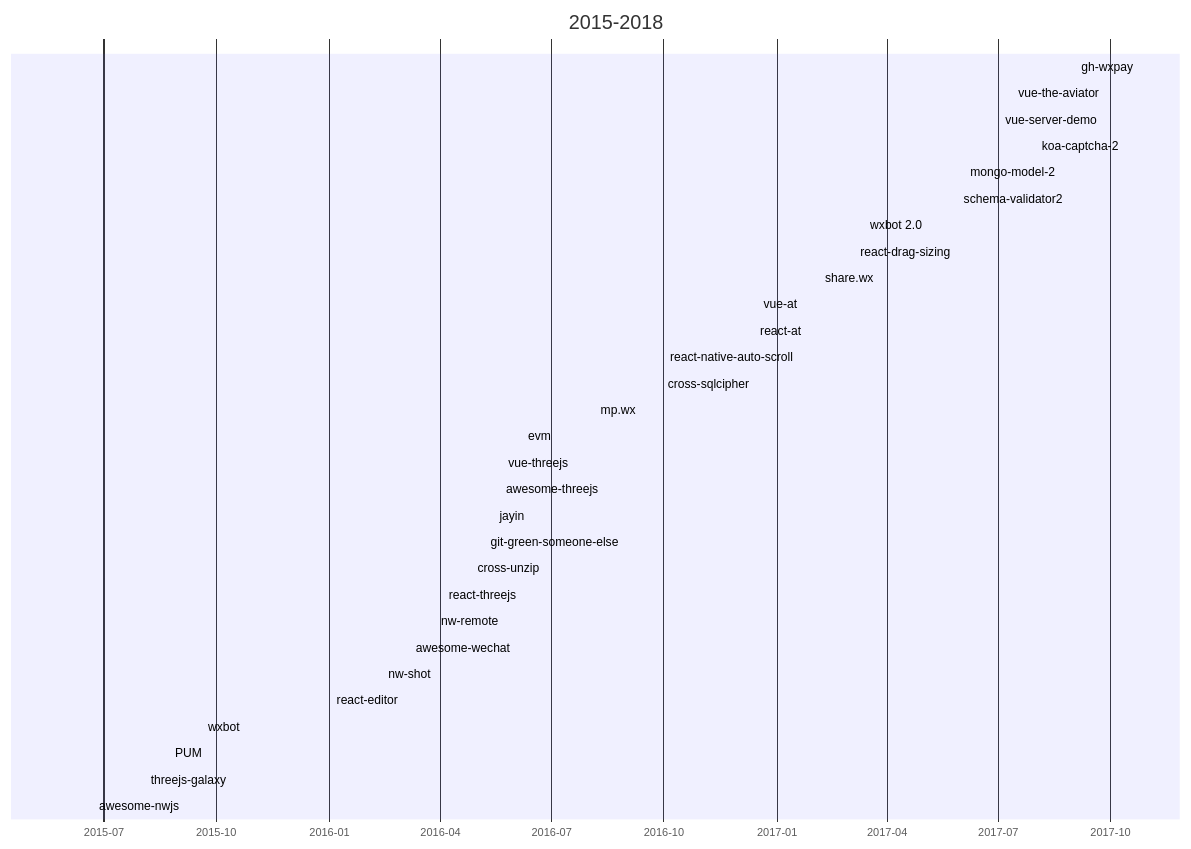
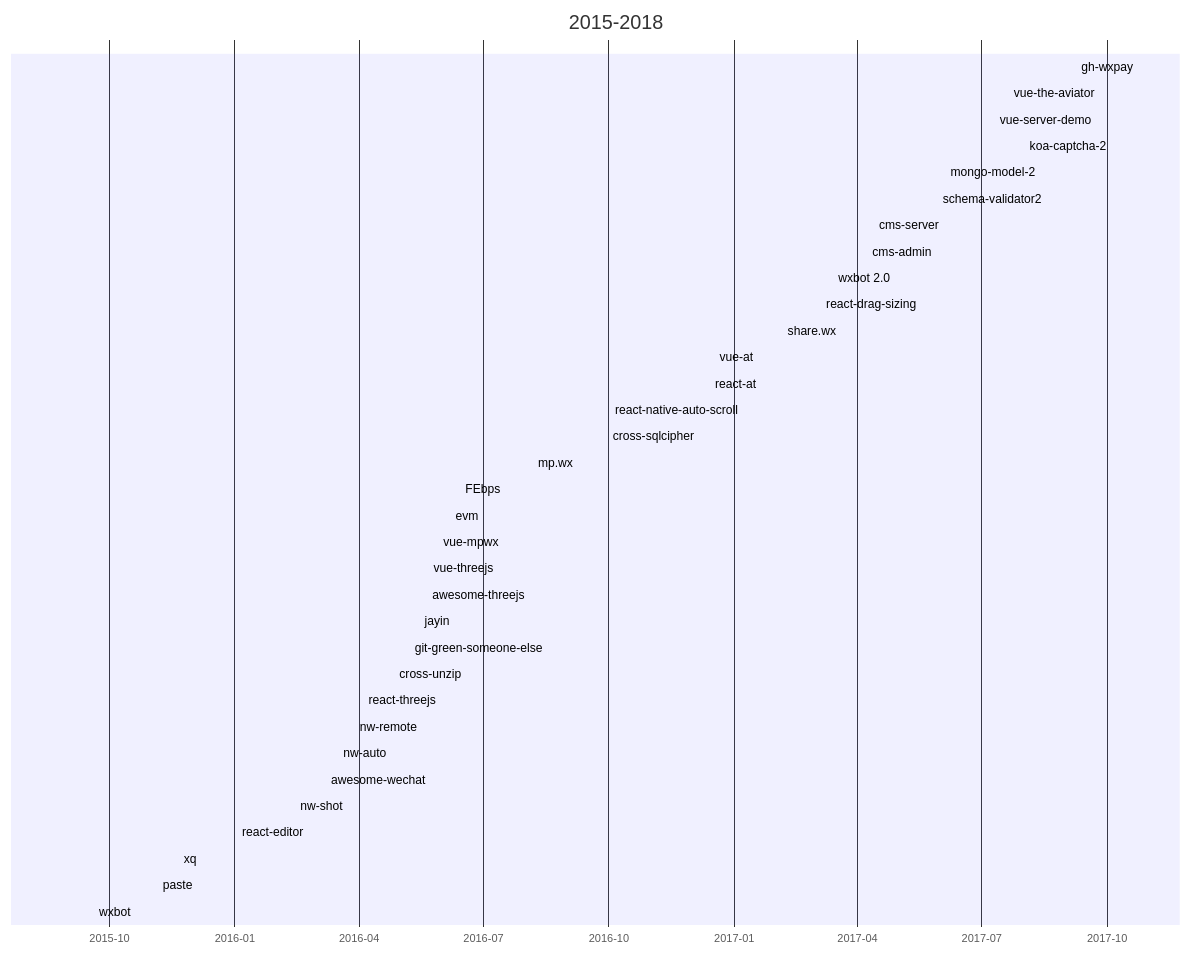
The third of 5 diagrams in blog/p/projects/timeline.md (fritx/silent), drawn with Mermaid before and after one commit. The commit also changed other lines of this file and 12 other files, not shown here.

````diff
--- a/blog/p/projects/timeline.md
+++ b/blog/p/projects/timeline.md
@@ -38,34 +51,38 @@
 ```mermaid
 gantt
   title 2015-2018
   axisFormat  %Y-%m
   gh-wxpay            :2017-10-24 , 2017-10-29
   vue-the-aviator            :2017-09-26 , 2017-09-28
-  vue-server-demo            :2017-09-24 , 2017-09-25
+  vue-server-demo            :2017-09-23 , 2017-09-25
   koa-captcha-2            :2017-08-01 , 2017-09-12
   mongo-model-2            :2017-06-04 , 2018-06-09
   schema-validator2            :2017-05-30 , 2017-07-05
+  cms-server                :2017-04-13 , 2017-09-01
+  cms-admin                 :2017-04-08 , 2017-09-01
   wxbot 2.0           :2017-03-14 , 2017-10-03
-  react-drag-sizing      :2017-03-06 , 2017-03-07
+  react-drag-sizing         :2017-03-05 , 2017-03-07
   share.wx            :2017-02-05 , 2017-06-25
   vue-at            :2016-12-17 , 2018-06-10
   react-at                  :2016-12-14 , 2016-12-17
   react-native-auto-scroll  :2016-10-02 , 2016-10-04
   cross-sqlcipher           :2016-09-30 , 2016-10-20
   mp.wx                     :2016-08-06 , 2017-06-18
-  evm                       :2016-06-08 , 2016-06-09
+  FEbps                     :2016-06-14 , 2016-07-16
+  evm                       :2016-06-07 , 2016-06-09
+  vue-mpwx                  :2016-05-29 , 2016-06-06
   vue-threejs               :2016-05-22 , 2017-10-18
   awesome-threejs           :2016-05-21 , 2016-05-23
   jayin                     :2016-05-15 , 2016-07-16
   git-green-someone-else    :2016-05-08 , 2016-05-10
   cross-unzip               :2016-04-27 , 2017-03-19
   react-threejs             :2016-04-04 , 2016-06-11
   nw-remote                 :2016-03-29 , 2016-04-03
+  nw-auto                   :2016-03-17 , 2016-04-27
   awesome-wechat            :2016-03-08 , 2016-09-20
   nw-shot                   :2016-02-14 , 2016-03-06
   react-editor              :2016-01-03 , 2016-12-14
+  xq                        :2015-11-21 , 2016-02-09
+  paste                     :2015-11-06 , 2015-11-07
   wxbot           :2015-09-20 , 2016-11-19
-  PUM           :2015-08-24 , 2015-09-09
-  threejs-galaxy           :2015-08-04 , 2015-08-13
-  awesome-nwjs        :2015-06-23 , 2015-08-10
 ```
````
